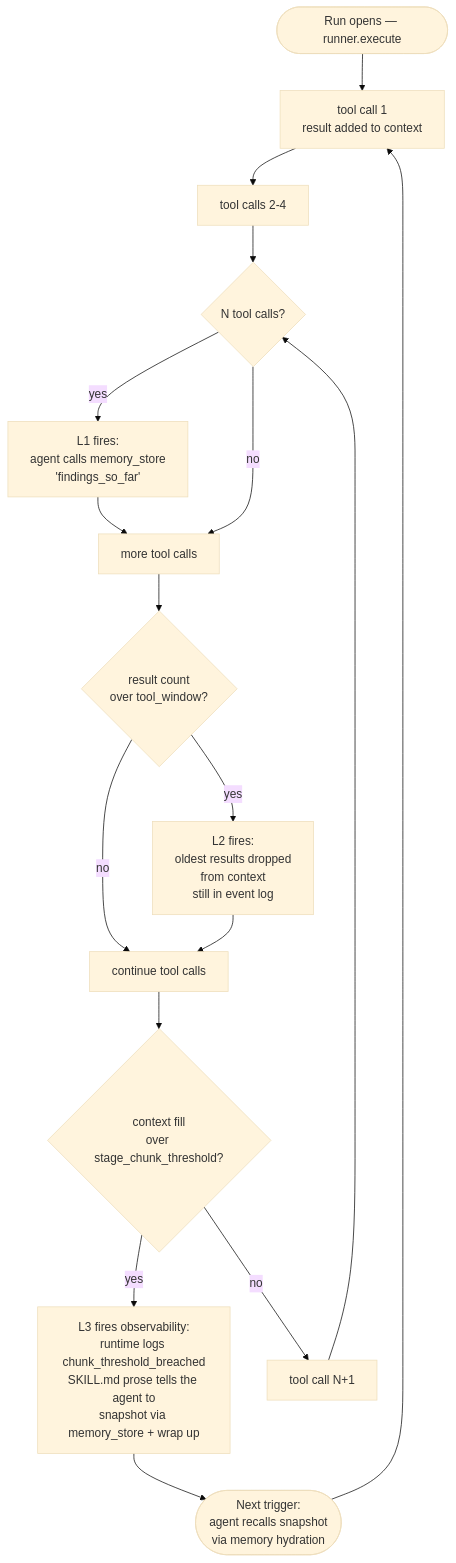
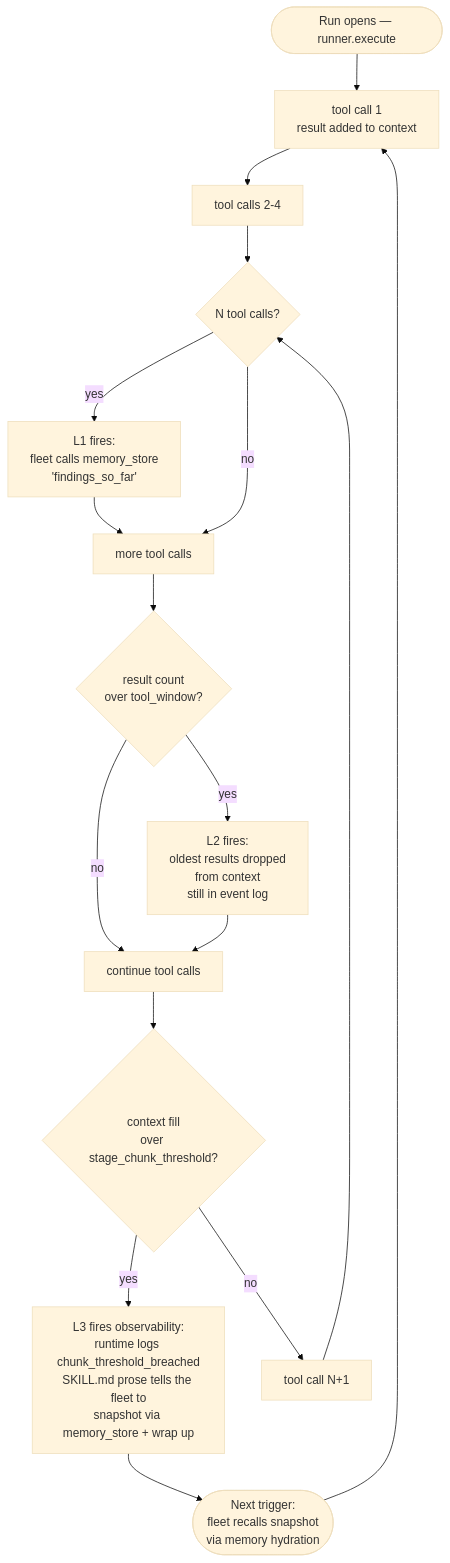
One commit to agentsfleet/agentsfleet changed the diagram in docs/architecture/capabilities.md. Above: the diagram before and after it, drawn with Mermaid (base theme). The commit also changed other lines of this file and 787 other files, not shown here.

First line of the commit message:
chore(m94): WIP snapshot — fleet-bundle scaffolding + architecture docs reconciled

````diff
--- a/docs/architecture/capabilities.md
+++ b/docs/architecture/capabilities.md
@@ -105,19 +105,19 @@
 ```mermaid
 flowchart TD
     Start([Run opens — runner.execute]) --> Tool1[tool call 1<br/>result added to context]
     Tool1 --> Tool2[tool calls 2-4]
     Tool2 --> L1{N tool calls?}
-    L1 -->|yes| Checkpoint[L1 fires:<br/>agent calls memory_store<br/>'findings_so_far']
+    L1 -->|yes| Checkpoint[L1 fires:<br/>fleet calls memory_store<br/>'findings_so_far']
     Checkpoint --> Tool3[more tool calls]
     L1 -->|no| Tool3
     Tool3 --> L2{result count<br/>over tool_window?}
     L2 -->|yes| Drop[L2 fires:<br/>oldest results dropped<br/>from context<br/>still in event log]
     L2 -->|no| Fill
     Drop --> Fill[continue tool calls]
     Fill --> L3{context fill<br/>over stage_chunk_threshold?}
-    L3 -->|yes| Chunk[L3 fires observability:<br/>runtime logs chunk_threshold_breached<br/>SKILL.md prose tells the agent to<br/>snapshot via memory_store + wrap up]
+    L3 -->|yes| Chunk[L3 fires observability:<br/>runtime logs chunk_threshold_breached<br/>SKILL.md prose tells the fleet to<br/>snapshot via memory_store + wrap up]
     L3 -->|no| Tool4[tool call N+1]
     Tool4 --> L1
-    Chunk --> NextStage([Next trigger:<br/>agent recalls snapshot<br/>via memory hydration])
+    Chunk --> NextStage([Next trigger:<br/>fleet recalls snapshot<br/>via memory hydration])
     NextStage --> Tool1
 ```
````
